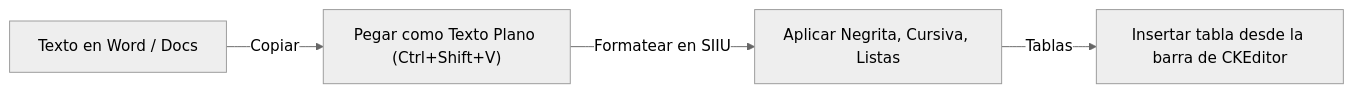
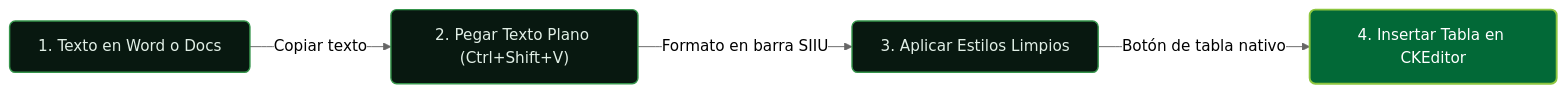
The second of 2 diagrams in wiki/02_PROCESOS_CLAVE/Matricula_Proyectos.md (Colors-svg/Wiki), drawn with Mermaid (neutral theme) before and after one commit. The commit also changed other lines of this file and 88 other files, not shown here.

````diff
--- a/wiki/02_PROCESOS_CLAVE/Matricula_Proyectos.md
+++ b/wiki/02_PROCESOS_CLAVE/Matricula_Proyectos.md
@@ -113,6 +131,9 @@
 ```mermaid
-graph LR
-    A["Texto en Word / Docs"] -->|Copiar| B["Pegar como Texto Plano (Ctrl+Shift+V)"]
-    B -->|Formatear en SIIU| C["Aplicar Negrita, Cursiva, Listas"]
-    C -->|Tablas| D["Insertar tabla desde la barra de CKEditor"]
+flowchart LR
+    classDef step fill:#081810,stroke:#35944B,stroke-width:1.5px,color:#E1EFE6,rx:6px,ry:6px;
+    classDef final fill:#026937,stroke:#8DC63F,stroke-width:2px,color:#FFFFFF,rx:6px,ry:6px;
+
+    A["1. Texto en Word o Docs"]:::step -->|Copiar texto| B["2. Pegar Texto Plano (Ctrl+Shift+V)"]:::step
+    B -->|Formato en barra SIIU| C["3. Aplicar Estilos Limpios"]:::step
+    C -->|Botón de tabla nativo| D["4. Insertar Tabla en CKEditor"]:::final
 ```
````
